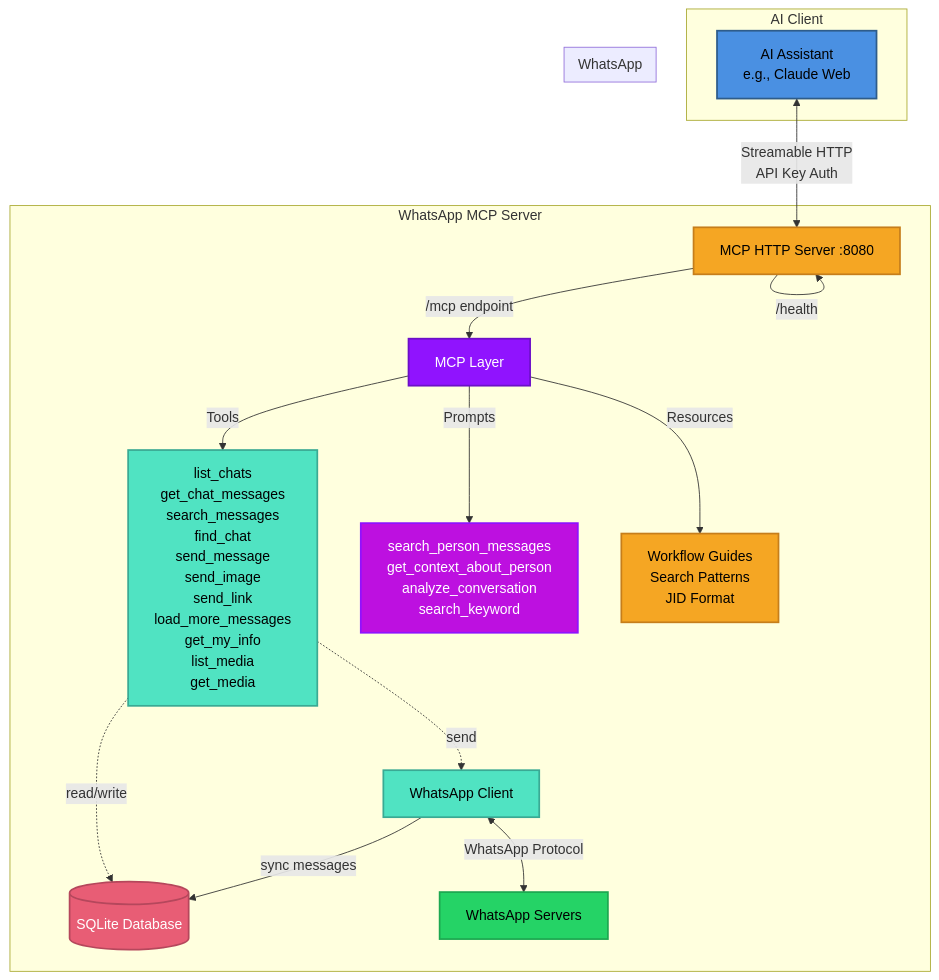
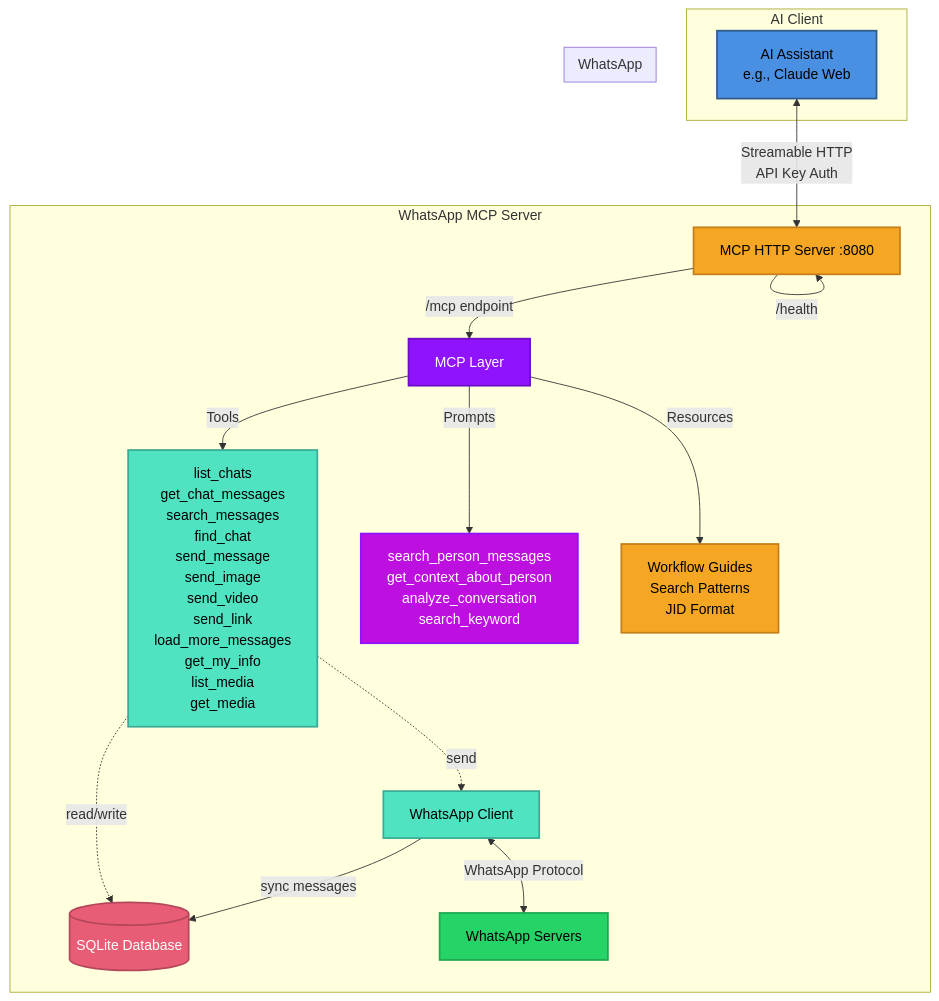
The diagram in README.md (benjaminmateev/whatsapp-mcp), drawn with Mermaid before and after one commit. The commit also changed other lines of this file and 3 other files, not shown here.

First line of the commit message:
feat: send_video tool for outbound MP4 video

````diff
--- a/README.md
+++ b/README.md
@@ -89,42 +90,42 @@
 ```mermaid
 graph TB
     subgraph "AI Client"
         A[AI Assistant <br/> e.g., Claude Web]
     end
 
     subgraph "WhatsApp MCP Server"
         B[MCP HTTP Server :8080]
         C[MCP Layer]
         D[WhatsApp Client]
         E[(SQLite Database)]
 
         B -->|/mcp endpoint| C
         B -->|/health| B
 
-        C -->|Tools| C1[list_chats<br/>get_chat_messages<br/>search_messages<br/>find_chat<br/>send_message<br/>send_image<br/>send_link<br/>load_more_messages<br/>get_my_info<br/>list_media<br/>get_media]
+        C -->|Tools| C1[list_chats<br/>get_chat_messages<br/>search_messages<br/>find_chat<br/>send_message<br/>send_image<br/>send_video<br/>send_link<br/>load_more_messages<br/>get_my_info<br/>list_media<br/>get_media]
         C -->|Prompts| C2[search_person_messages<br/>get_context_about_person<br/>analyze_conversation<br/>search_keyword]
         C -->|Resources| C3[Workflow Guides<br/>Search Patterns<br/>JID Format]
 
         C1 -.->|read/write| E
         C1 -.->|send| D
 
         D -->|sync messages| E
         D <-->|WhatsApp Protocol| F
     end
 
     subgraph "WhatsApp"
         F[WhatsApp Servers]
     end
 
     A <-->|Streamable HTTP<br/>API Key Auth| B
 
     style A fill:#4A90E2,stroke:#2E5C8A,stroke-width:2px,color:#000
     style B fill:#F5A623,stroke:#C67E1B,stroke-width:2px,color:#000
     style C fill:#9013FE,stroke:#6B0FC7,stroke-width:2px,color:#fff
     style C1 fill:#50E3C2,stroke:#3AAA94,stroke-width:2px,color:#000
     style C2 fill:#BD10E0,stroke:#9012FE,stroke-width:2px,color:#fff
     style C3 fill:#F5A623,stroke:#C67E1B,stroke-width:2px,color:#000
     style D fill:#50E3C2,stroke:#3AAA94,stroke-width:2px,color:#000
     style E fill:#E85D75,stroke:#B5475C,stroke-width:2px,color:#fff
     style F fill:#25D366,stroke:#1DA851,stroke-width:2px,color:#000
 ```
````
